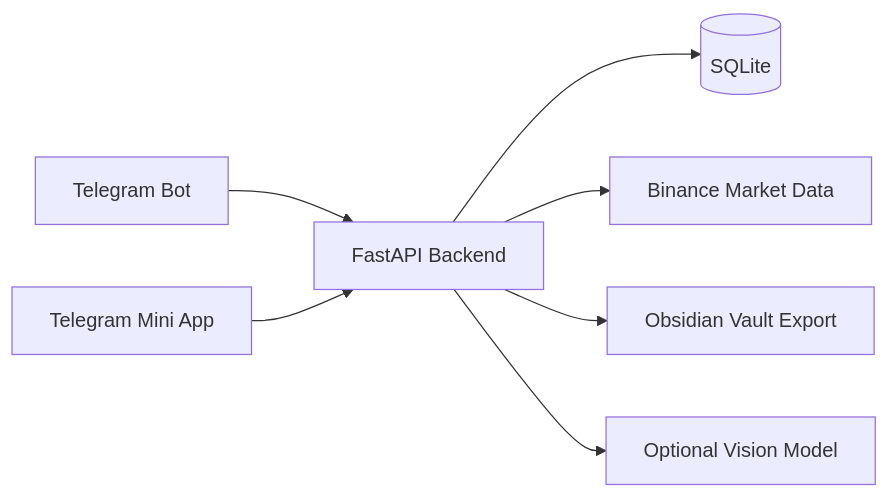
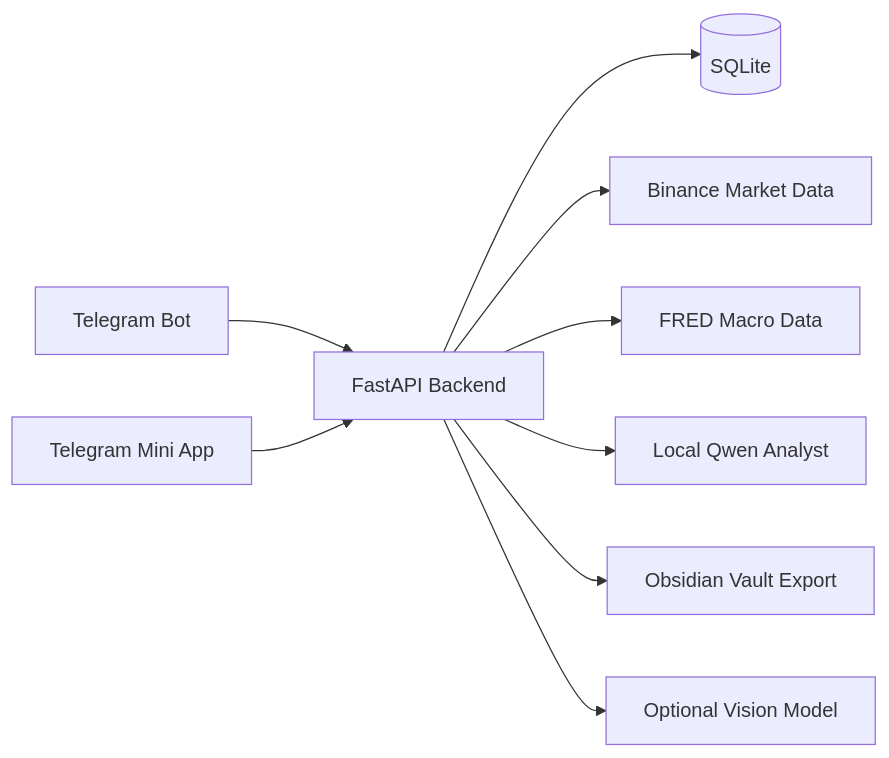
One commit to Bastard989/trading-assistant-bot changed the diagram in README.md. Above: the diagram before and after it, drawn with Mermaid. The commit also changed other lines of this file and 101 other files, not shown here.

````diff
--- a/README.md
+++ b/README.md
@@ -41,9 +44,11 @@
 ```mermaid
 flowchart LR
     TG[Telegram Bot] --> API[FastAPI Backend]
     Mini[Telegram Mini App] --> API
     API --> DB[(SQLite)]
     API --> Binance[Binance Market Data]
+    API --> FRED[FRED Macro Data]
+    API --> Ollama[Local Qwen Analyst]
     API --> Export[Obsidian Vault Export]
     API --> Vision[Optional Vision Model]
 ```
````
